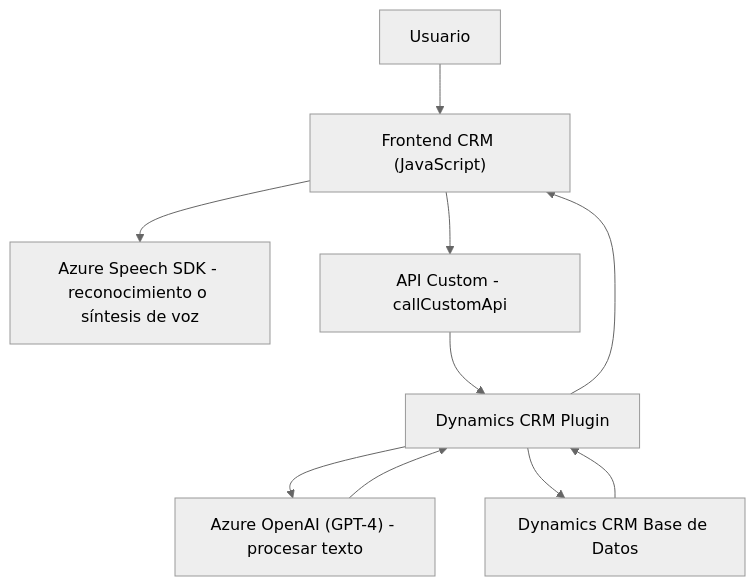
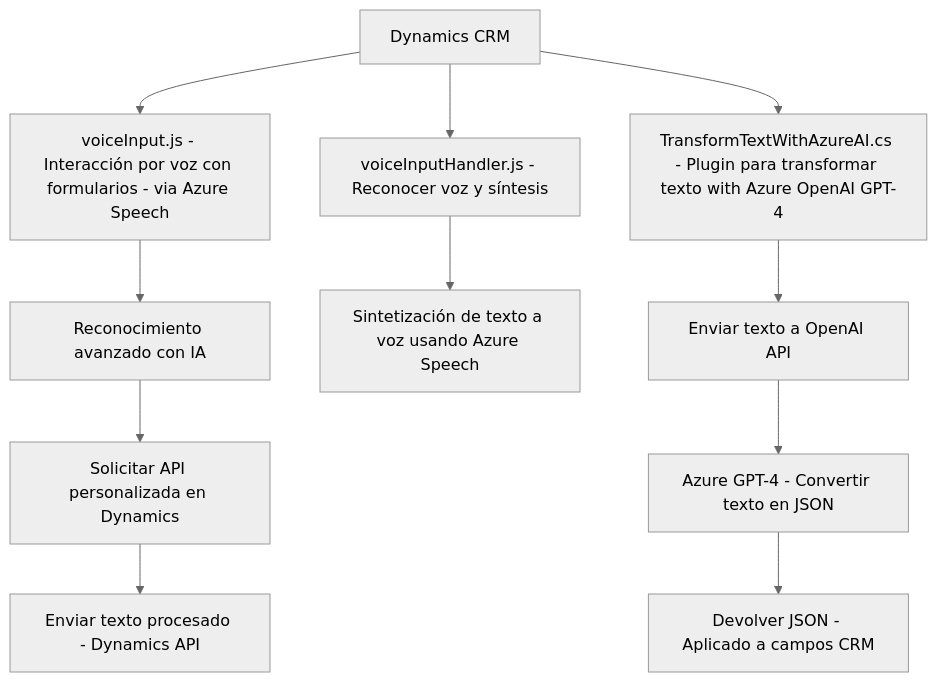
The diagram in README.md (blopezdm/NETCORE_BILBAO2025), drawn with Mermaid (neutral theme) before and after one commit. The commit also changed other lines of this file, not shown here.

Commit message:
Actualizar análisis global de la solución con IA

````diff
--- a/README.md
+++ b/README.md
@@ -34,11 +52,13 @@
 ```mermaid
 graph TD
-    A["Usuario"] --> B["Frontend CRM (JavaScript)"]
-    B --> C["Azure Speech SDK - reconocimiento o síntesis de voz"]
-    B --> D["API Custom - callCustomApi"]
-    D --> E["Dynamics CRM Plugin"]
-    E --> F["Azure OpenAI (GPT-4) - procesar texto"]
-    F --> E --> B
-    E --> G["Dynamics CRM Base de Datos"]
-    G --> E
+    A["Dynamics CRM"] --> B["voiceInputHandler.js - Reconocer voz y síntesis"]
+    A --> C["voiceInput.js - Interacción por voz con formularios - via Azure Speech"]
+    A --> D["TransformTextWithAzureAI.cs - Plugin para transformar texto with Azure OpenAI GPT-4"]
+    C --> E["Reconocimiento avanzado con IA"]
+    E --> F["Solicitar API personalizada en Dynamics"]
+    F --> G["Enviar texto procesado - Dynamics API"]
+    B --> H["Sintetización de texto a voz usando Azure Speech"]
+    D --> I["Enviar texto a OpenAI API"]
+    I --> J["Azure GPT-4 - Convertir texto en JSON"]
+    J --> K["Devolver JSON - Aplicado a campos CRM"]
 ```
````
